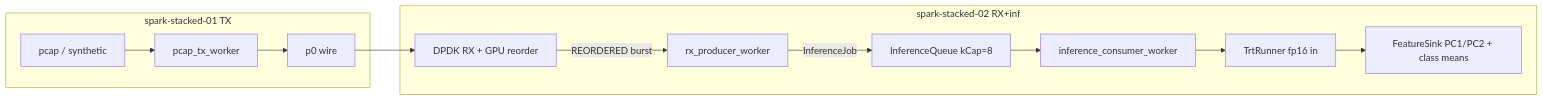
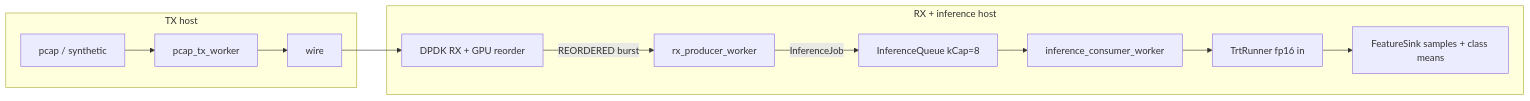
The diagram in docs/tutorials/daqiri-resnet-inference.md (NVIDIA/daqiri), drawn with Mermaid before and after one commit. The commit also changed other lines of this file and 1 other file, not shown here.

````diff
--- a/docs/tutorials/daqiri-resnet-inference.md
+++ b/docs/tutorials/daqiri-resnet-inference.md
@@ -136,16 +74,16 @@
 ```mermaid
 flowchart LR
-  subgraph txHost ["spark-stacked-01 TX"]
+  subgraph txHost ["TX host"]
     Pcap["pcap / synthetic"]
     TxW["pcap_tx_worker"]
-    Pcap --> TxW --> Wire["p0 wire"]
+    Pcap --> TxW --> Wire["wire"]
   end
-  subgraph rxHost ["spark-stacked-02 RX+inf"]
+  subgraph rxHost ["RX + inference host"]
     Wire --> NicRx["DPDK RX + GPU reorder"]
     NicRx -->|"REORDERED burst"| Prod["rx_producer_worker"]
     Prod -->|"InferenceJob"| SPSC["InferenceQueue kCap=8"]
     SPSC --> Cons["inference_consumer_worker"]
     Cons --> TRT["TrtRunner fp16 in"]
-    TRT --> Sink["FeatureSink PC1/PC2 + class means"]
+    TRT --> Sink["FeatureSink samples + class means"]
   end
 ```
````
